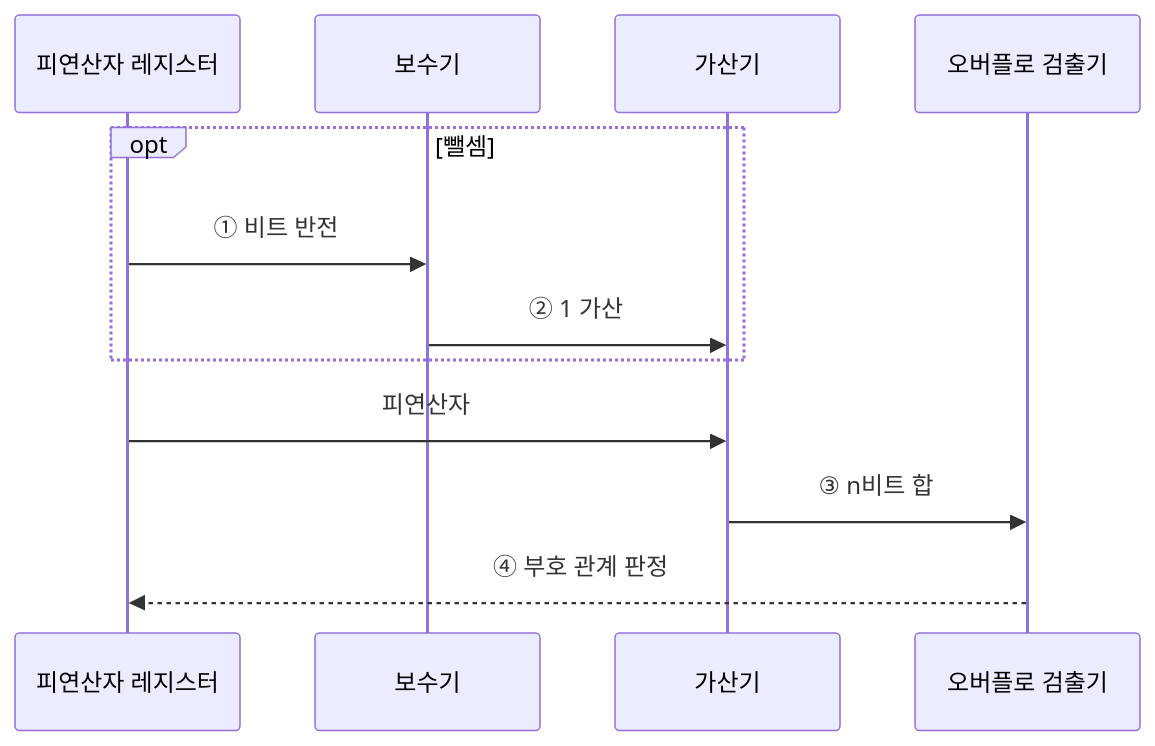
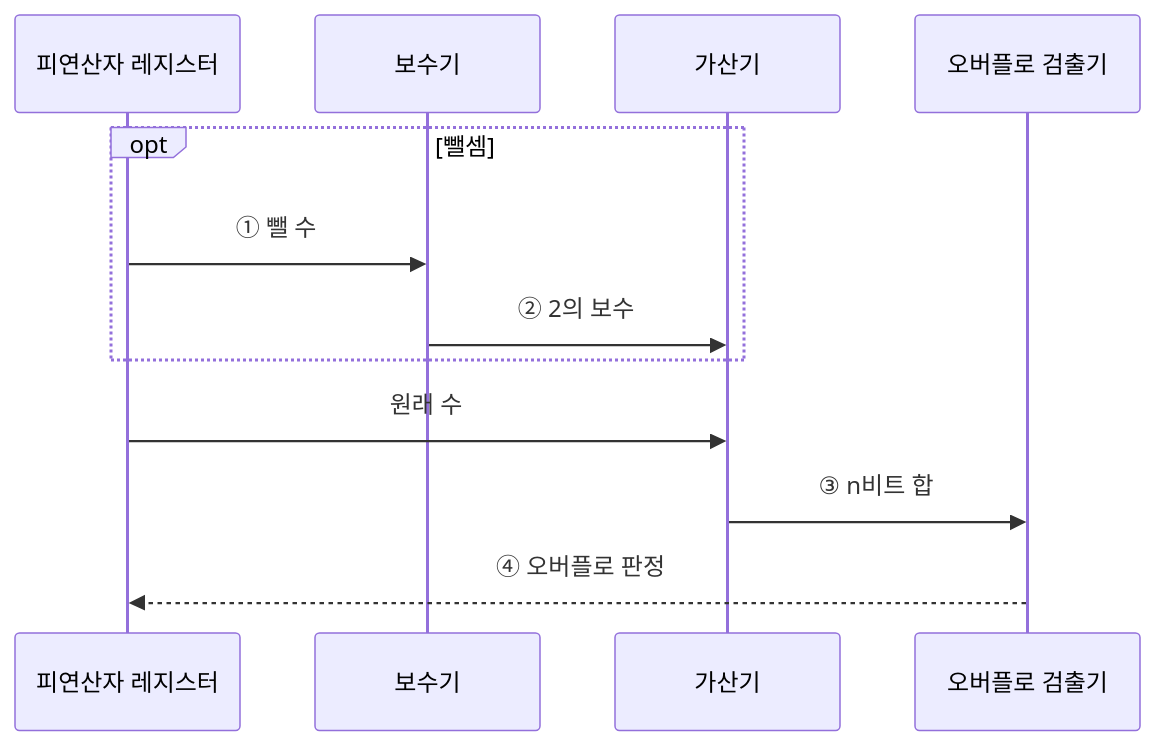
The second of 2 diagrams in src/content/docs/notes/01-basic-theory/024_twos_complement.md (agnusdei1207/knowledge-base), drawn with Mermaid before and after one commit. The commit also changed other lines of this file and 10 other files, not shown here.

````diff
--- a/src/content/docs/notes/01-basic-theory/024_twos_complement.md
+++ b/src/content/docs/notes/01-basic-theory/024_twos_complement.md
@@ -91,14 +79,14 @@
 ```mermaid
 sequenceDiagram
     participant R as 피연산자 레지스터
     participant C as 보수기
     participant A as 가산기
     participant V as 오버플로 검출기
     opt 뺄셈
-        R->>C: ① 비트 반전
-        C->>A: ② 1 가산
+        R->>C: ① 뺄 수
+        C->>A: ② 2의 보수
     end
-    R->>A: 피연산자
+    R->>A: 원래 수
     A->>V: ③ n비트 합
-    V-->>R: ④ 부호 관계 판정
+    V-->>R: ④ 오버플로 판정
 ```
````
